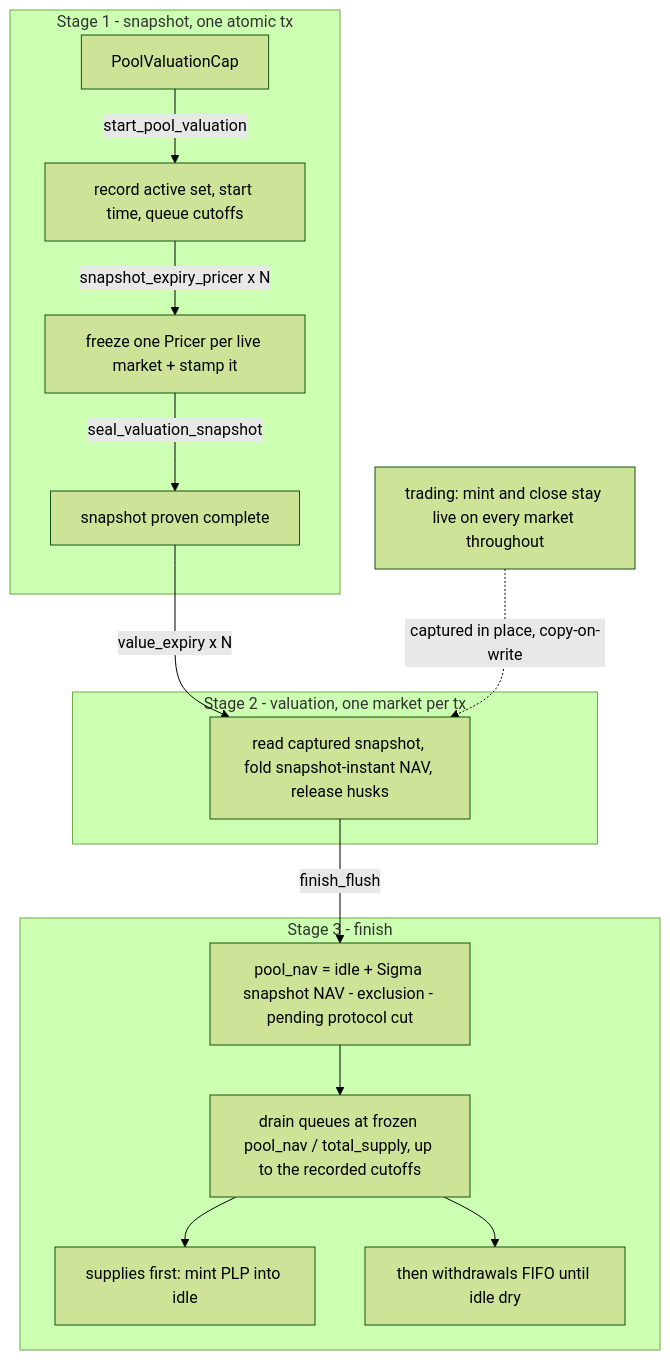
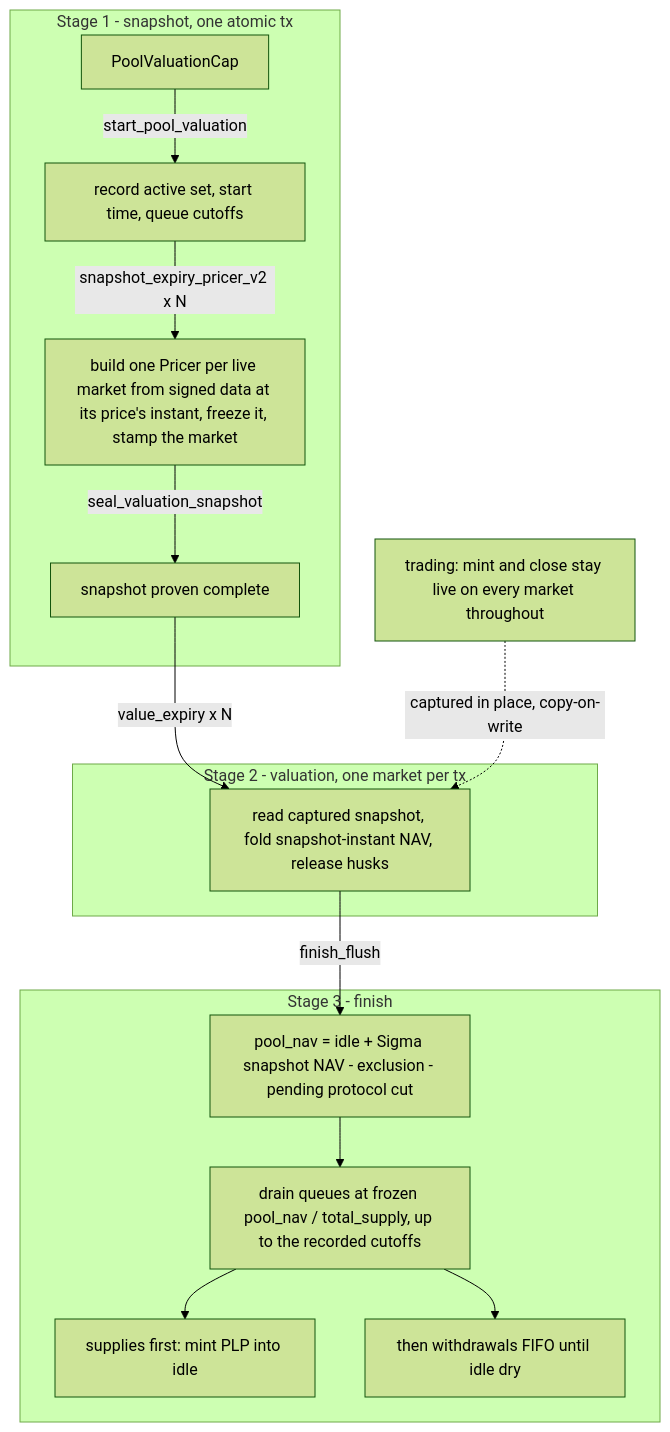
One commit to MystenLabs/deepbookv3 changed the diagram in packages/predict/docs/concepts/liquidity-and-nav.md. Above: the diagram before and after it, drawn with Mermaid (forest theme). The commit also changed other lines of this file and 18 other files, not shown here.

````diff
--- a/packages/predict/docs/concepts/liquidity-and-nav.md
+++ b/packages/predict/docs/concepts/liquidity-and-nav.md
@@ -104,18 +104,18 @@
 ```mermaid
 flowchart TD
   subgraph S1[Stage 1 - snapshot, one atomic tx]
     CAP[PoolValuationCap] -->|start_pool_valuation| REC[record active set, start time, queue cutoffs]
-    REC -->|snapshot_expiry_pricer x N| FRZ[freeze one Pricer per live market + stamp it]
+    REC -->|snapshot_expiry_pricer_v2 x N| FRZ[build one Pricer per live market from signed data at its price's instant, freeze it, stamp the market]
     FRZ -->|seal_valuation_snapshot| SEAL[snapshot proven complete]
   end
   subgraph S2[Stage 2 - valuation, one market per tx]
     SEAL -->|value_expiry x N| EXP[read captured snapshot, fold snapshot-instant NAV, release husks]
   end
   subgraph S3[Stage 3 - finish]
     EXP -->|finish_flush| NAV[pool_nav = idle + Sigma snapshot NAV - exclusion - pending protocol cut]
     NAV --> DRAIN[drain queues at frozen pool_nav / total_supply, up to the recorded cutoffs]
     DRAIN --> SUP[supplies first: mint PLP into idle]
     DRAIN --> WD[then withdrawals FIFO until idle dry]
   end
   TRADE[trading: mint and close stay live on every market throughout] -.->|captured in place, copy-on-write| EXP
 ```
````
